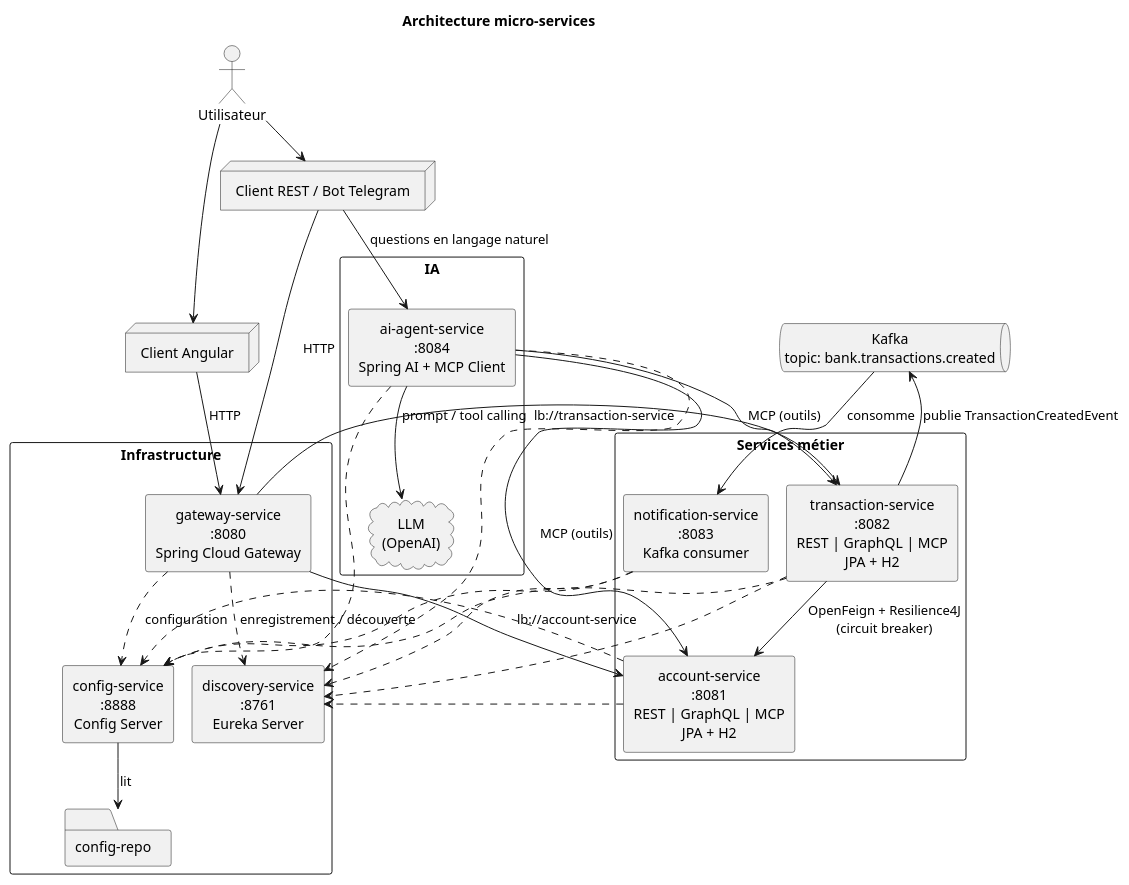
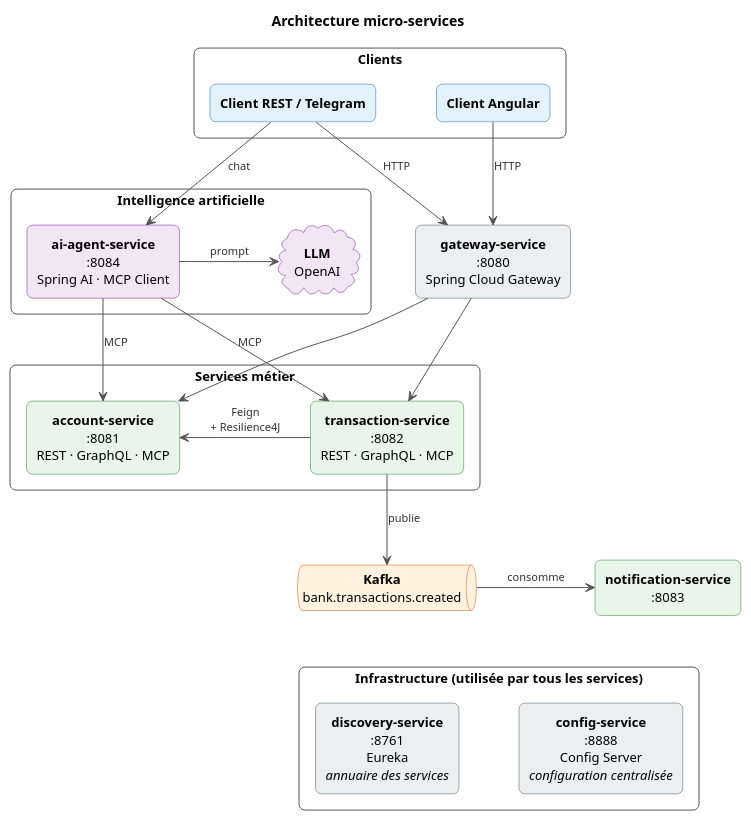
One commit to NAWAL-EL-AARAJ/el-aaraj-nawal-test-adria-pfe-27 changed the diagram in docs/architecture.puml. Above: the diagram before and after it, drawn with PlantUML. The commit also changed 4 other files, not shown here.

Commit message:
amelioration des diagrammes

```diff
--- a/docs/architecture.puml
+++ b/docs/architecture.puml
@@ -1,60 +1,94 @@
 @startuml architecture
-!pragma layout smetana
 title Architecture micro-services
+
 skinparam shadowing false
-skinparam componentStyle rectangle
+skinparam defaultFontName Arial
+skinparam defaultFontSize 13
 skinparam defaultTextAlignment center
+skinparam rectangleRoundCorner 12
+skinparam packageStyle rectangle
+skinparam nodesep 60
+skinparam ranksep 70
+skinparam ArrowColor #555555
+skinparam ArrowFontSize 11
+skinparam ArrowFontColor #333333
 
-actor "Utilisateur" as user
-node "Client Angular" as angular
-node "Client REST / Bot Telegram" as telegram
+skinparam rectangle {
+  BorderColor #555555
+}
+skinparam rectangle<<client>> {
+  BackgroundColor #E3F2FD
+  BorderColor #1565C0
+}
+skinparam rectangle<<infra>> {
+  BackgroundColor #ECEFF1
+  BorderColor #455A64
+}
+skinparam rectangle<<metier>> {
+  BackgroundColor #E8F5E9
+  BorderColor #2E7D32
+}
+skinparam rectangle<<ia>> {
+  BackgroundColor #F3E5F5
+  BorderColor #6A1B9A
+}
+skinparam queue {
+  BackgroundColor #FFF3E0
+  BorderColor #E65100
+}
+skinparam cloud {
+  BackgroundColor #F3E5F5
+  BorderColor #6A1B9A
+}
+hide stereotype
 
-rectangle "Infrastructure" {
-  component "gateway-service\n:8080\nSpring Cloud Gateway" as gateway
-  component "discovery-service\n:8761\nEureka Server" as eureka
-  component "config-service\n:8888\nConfig Server" as config
-  folder "config-repo" as repo
+' ===== Clients =====
+package "Clients" {
+  rectangle "**Client Angular**" <<client>> as angular
+  rectangle "**Client REST / Telegram**" <<client>> as telegram
 }
 
-rectangle "Services métier" {
-  component "account-service\n:8081\nREST | GraphQL | MCP\nJPA + H2" as account
-  component "transaction-service\n:8082\nREST | GraphQL | MCP\nJPA + H2" as transaction
-  component "notification-service\n:8083\nKafka consumer" as notification
+' ===== Point d'entrée =====
+rectangle "**gateway-service**\n:8080\nSpring Cloud Gateway" <<infra>> as gateway
+
+' ===== Services métier =====
+package "Services métier" {
+  rectangle "**account-service**\n:8081\nREST · GraphQL · MCP" <<metier>> as account
+  rectangle "**transaction-service**\n:8082\nREST · GraphQL · MCP" <<metier>> as transaction
 }
 
-queue "Kafka\ntopic: bank.transactions.created" as kafka
+' ===== Événements =====
+queue "**Kafka**\nbank.transactions.created" as kafka
+rectangle "**notification-service**\n:8083" <<metier>> as notification
 
-rectangle "IA" {
-  component "ai-agent-service\n:8084\nSpring AI + MCP Client" as agent
-  cloud "LLM\n(OpenAI)" as llm
+' ===== IA =====
+package "Intelligence artificielle" {
+  rectangle "**ai-agent-service**\n:8084\nSpring AI · MCP Client" <<ia>> as agent
+  cloud "**LLM**\nOpenAI" as llm
 }
 
-user --> angular
-user --> telegram
-angular --> gateway : HTTP
-telegram --> gateway : HTTP
-telegram --> agent : questions en langage naturel
+' ===== Infrastructure =====
+package "Infrastructure (utilisée par tous les services)" {
+  rectangle "**discovery-service**\n:8761\nEureka\n//annuaire des services//" <<infra>> as eureka
+  rectangle "**config-service**\n:8888\nConfig Server\n//configuration centralisée//" <<infra>> as config
+}
 
-gateway --> account : lb://account-service
-gateway --> transaction : lb://transaction-service
+' ----- flux principal (haut -> bas) -----
+angular -down-> gateway : HTTP
+telegram -down-> gateway : HTTP
+gateway -down-> account
+gateway -down-> transaction
+account <-right- transaction : Feign\n+ Resilience4J
+transaction -down-> kafka : publie
+kafka -right-> notification : consomme
 
-transaction --> account : OpenFeign + Resilience4J\n(circuit breaker)
-transaction --> kafka : publie TransactionCreatedEvent
-kafka --> notification : consomme
+' ----- IA (à droite) -----
+telegram -right-> agent : chat
+agent -right-> llm : prompt
+agent -down-> transaction : MCP
+agent -down-> account : MCP
 
-agent --> llm : prompt / tool calling
-agent --> account : MCP (outils)
-agent --> transaction : MCP (outils)
-
-config --> repo : lit
-gateway ..> eureka : enregistrement / découverte
-account ..> eureka
-transaction ..> eureka
-notification ..> eureka
-agent ..> eureka
-gateway ..> config : configuration
-account ..> config
-transaction ..> config
-notification ..> config
-agent ..> config
+' ----- placement -----
+eureka -[hidden]right- config
+kafka -[hidden]down- eureka
 @enduml
```
